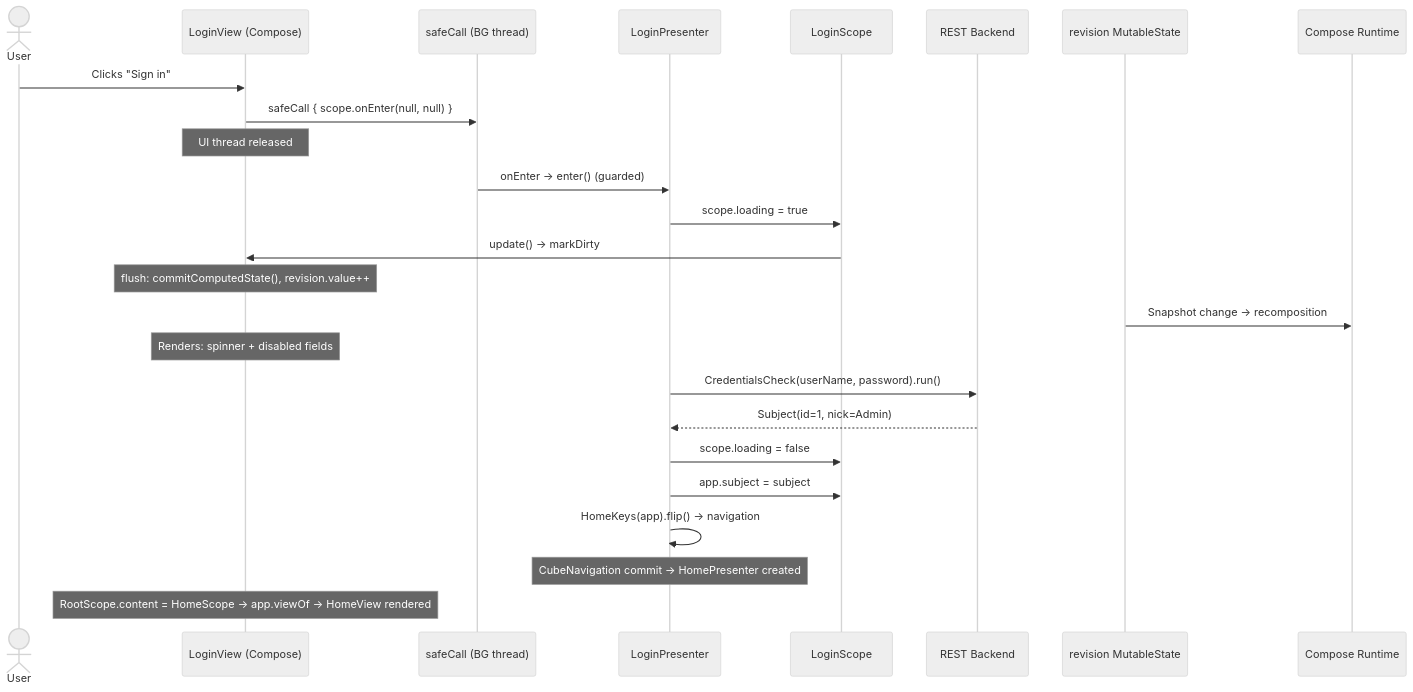
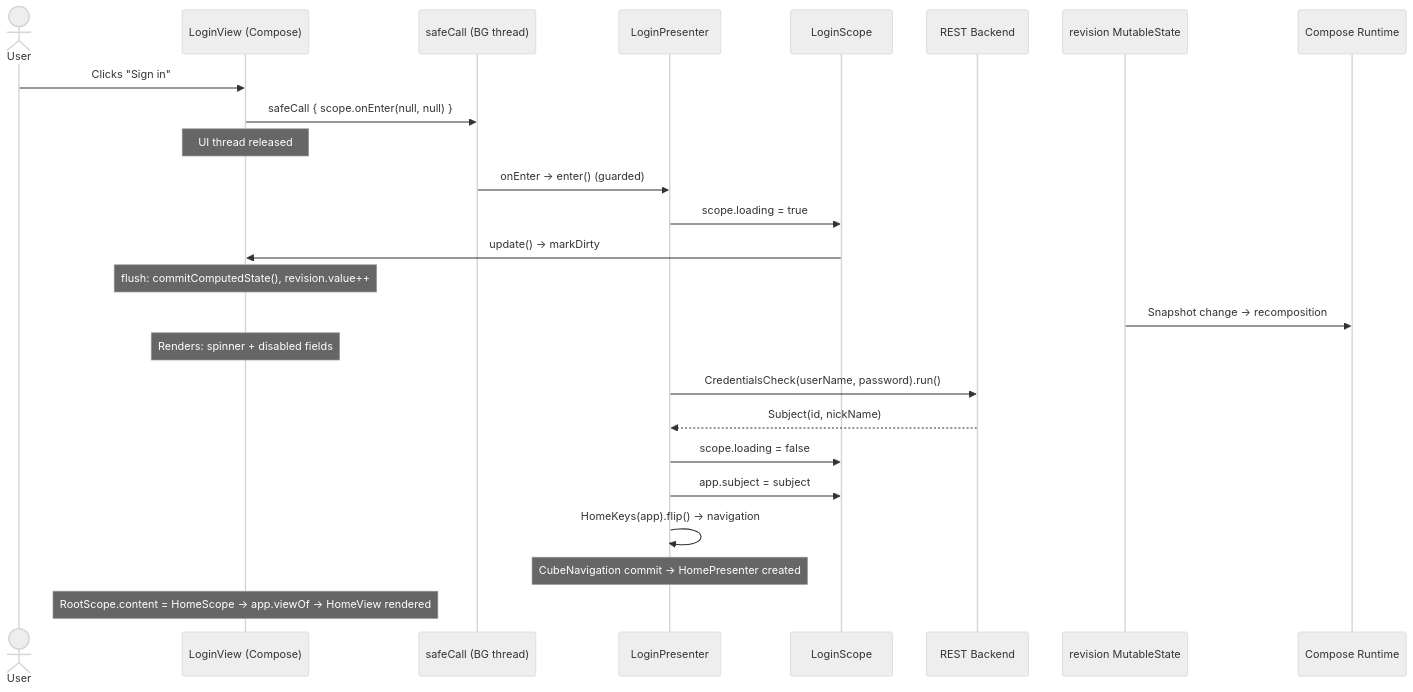
Before and after one commit to mrcdom/wdc-cube-kotlin: the fifth of 9 diagrams in docs/architecture-cube-compose.md, drawn with Mermaid (neutral theme). The commit also changed other lines of this file and 35 other files, not shown here.

````diff
--- a/docs/architecture-cube-compose.md
+++ b/docs/architecture-cube-compose.md
@@ -234,31 +234,31 @@
 ```mermaid
 sequenceDiagram
     actor User as User
     participant View as LoginView (Compose)
     participant SC as safeCall (BG thread)
     participant P as LoginPresenter
     participant S as LoginScope
     participant API as REST Backend
     participant Rev as revision MutableState
     participant CR as Compose Runtime
 
     User->>View: Clicks "Sign in"
     View->>SC: safeCall { scope.onEnter(null, null) }
     Note over View: UI thread released
 
     SC->>P: onEnter → enter() (guarded)
     P->>S: scope.loading = true
     S->>View: update() → markDirty
     Note over View: flush: commitComputedState(), revision.value++
     Rev->>CR: Snapshot change → recomposition
     Note over View: Renders: spinner + disabled fields
 
     P->>API: CredentialsCheck(userName, password).run()
-    API-->>P: Subject(id=1, nick=Admin)
+    API-->>P: Subject(id, nickName)
 
     P->>S: scope.loading = false
     P->>S: app.subject = subject
     P->>P: HomeKeys(app).flip() → navigation
     Note over P: CubeNavigation commit → HomePresenter created
     Note over View: RootScope.content = HomeScope → app.viewOf → HomeView rendered
 ```
````
